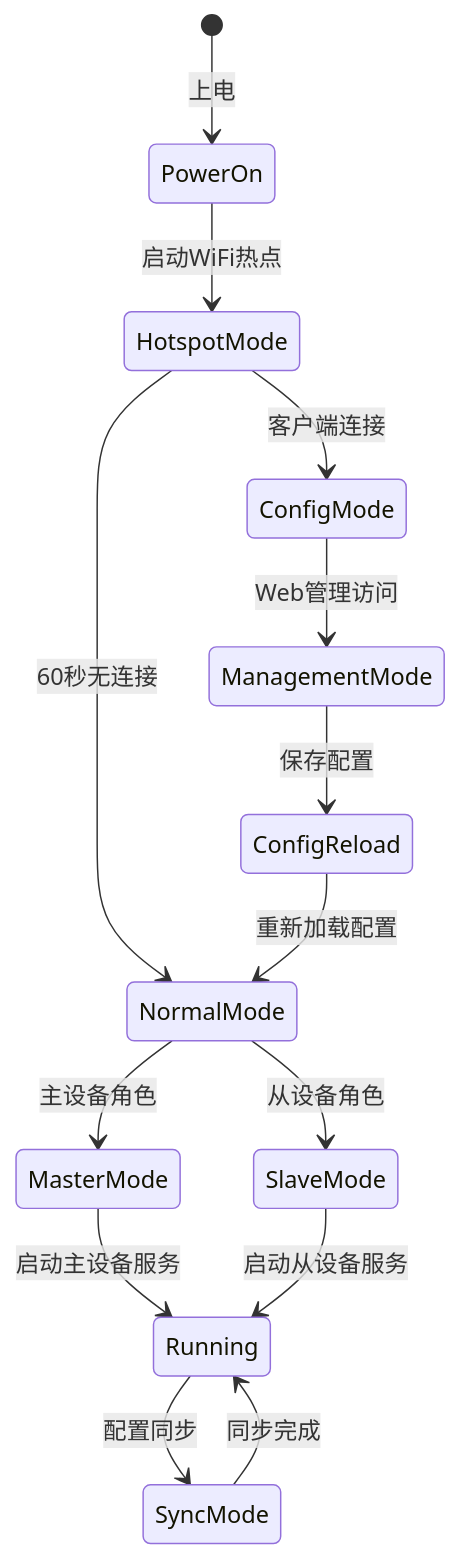
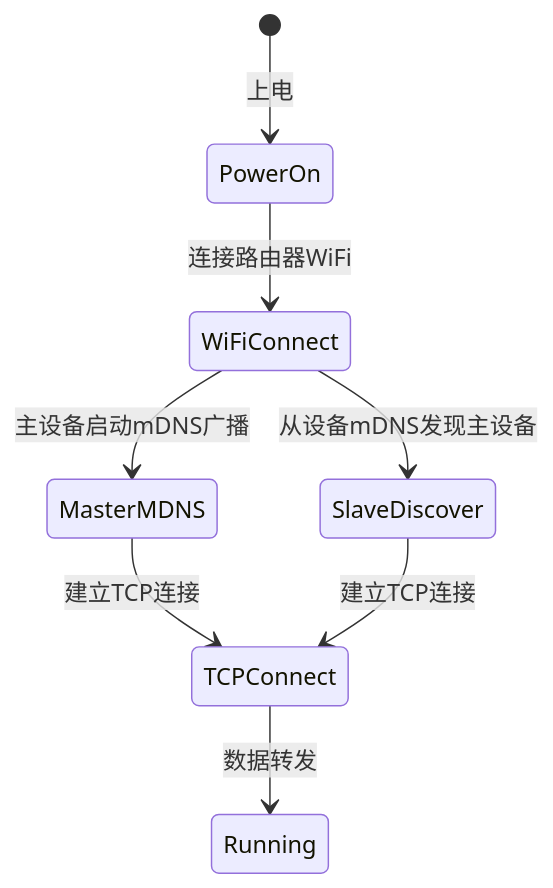
Before and after one commit to davidhoo/WiFly485: the third of 4 diagrams in requirements.md, drawn with Mermaid. The commit also changed other lines of this file and 1 other file, not shown here.

````diff
--- a/requirements.md
+++ b/requirements.md
@@ -253,19 +151,13 @@
 ```mermaid
 stateDiagram-v2
     [*] --> PowerOn: 上电
-    PowerOn --> HotspotMode: 启动WiFi热点
-    HotspotMode --> ConfigMode: 客户端连接
-    HotspotMode --> NormalMode: 60秒无连接
-    ConfigMode --> ManagementMode: Web管理访问
-    ManagementMode --> ConfigReload: 保存配置
-    ConfigReload --> NormalMode: 重新加载配置
+    PowerOn --> WiFiConnect: 连接路由器WiFi
     
-    NormalMode --> MasterMode: 主设备角色
-    NormalMode --> SlaveMode: 从设备角色
+    WiFiConnect --> MasterMDNS: 主设备启动mDNS广播
+    WiFiConnect --> SlaveDiscover: 从设备mDNS发现主设备
     
-    MasterMode --> Running: 启动主设备服务
-    SlaveMode --> Running: 启动从设备服务
+    MasterMDNS --> TCPConnect: 建立TCP连接
+    SlaveDiscover --> TCPConnect: 建立TCP连接
     
-    Running --> SyncMode: 配置同步
-    SyncMode --> Running: 同步完成
+    TCPConnect --> Running: 数据转发
 ```
````
